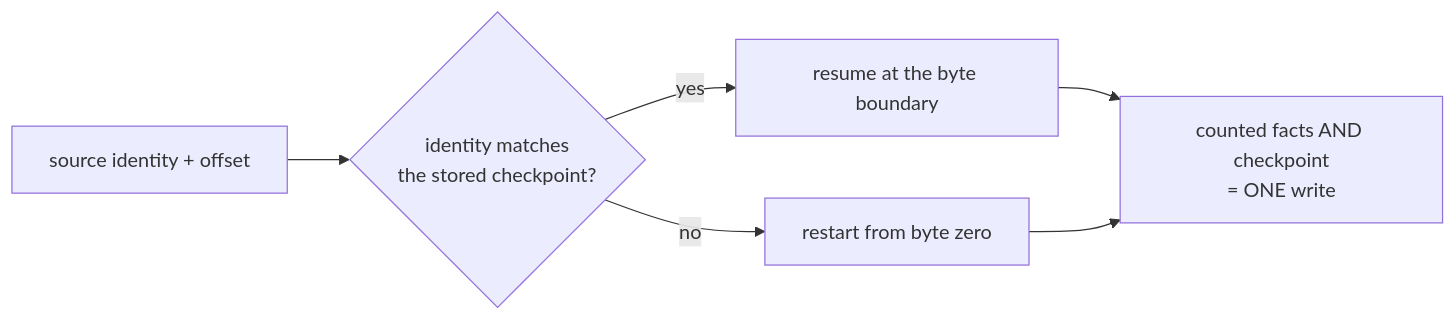
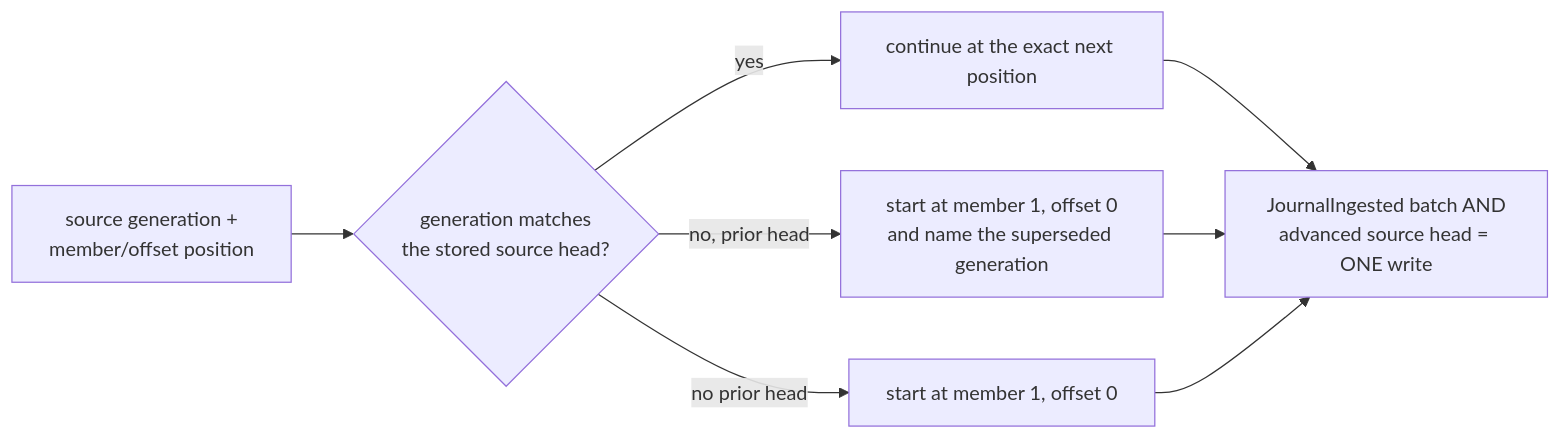
Before and after one commit to infimalabs/spice-rust: the second of 10 diagrams in docs/product/planes/hooks.md, drawn with Mermaid. The commit also changed other lines of this file and 120 other files, not shown here.

````diff
--- a/docs/product/planes/hooks.md
+++ b/docs/product/planes/hooks.md
@@ -32,8 +35,10 @@
 ```mermaid
 flowchart LR
-  S["source identity + offset"] --> C{"identity matches<br/>the stored checkpoint?"}
-  C -- yes --> R["resume at the byte boundary"]
-  C -- no --> Z["restart from byte zero"]
-  R --> W["counted facts AND checkpoint<br/>= ONE write"]
+  S["source generation +<br/>member/offset position"] --> C{"generation matches<br/>the stored source head?"}
+  C -- yes --> R["continue at the exact next position"]
+  C -- no, prior head --> Z["start at member 1, offset 0<br/>and name the superseded generation"]
+  C -- no prior head --> O["start at member 1, offset 0"]
+  R --> W["JournalIngested batch AND<br/>advanced source head = ONE write"]
   Z --> W
+  O --> W
 ```
````
